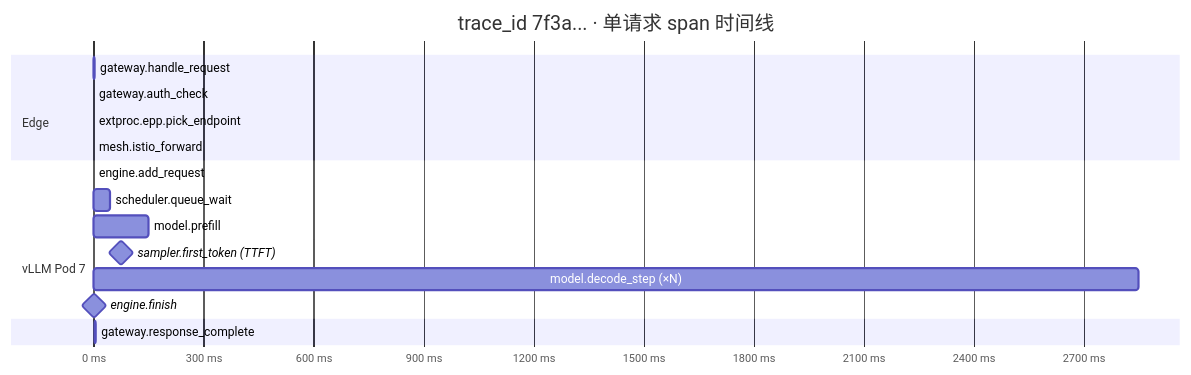
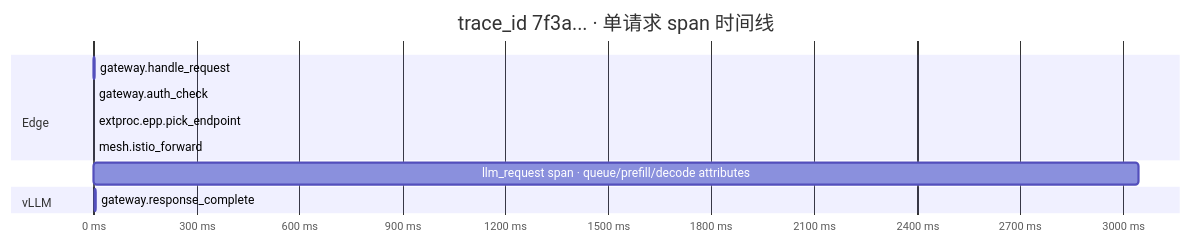
The third of 3 diagrams in 08-production-deployment/05-slo-and-observability.md (jwzheng96/vllm-learning-book), drawn with Mermaid before and after one commit. The commit also changed other lines of this file and 31 other files, not shown here.

````diff
--- a/08-production-deployment/05-slo-and-observability.md
+++ b/08-production-deployment/05-slo-and-observability.md
@@ -175,21 +181,16 @@
 ```mermaid
 gantt
     title trace_id 7f3a... · 单请求 span 时间线
     dateFormat X
     axisFormat %s ms
 
     section Edge
     gateway.handle_request    :a, 0, 3
     gateway.auth_check        :b, 1, 1
     extproc.epp.pick_endpoint :c, 2, 1
     mesh.istio_forward        :d, 3, 1
-    section vLLM Pod 7
-    engine.add_request        :e, 4, 1
-    scheduler.queue_wait      :f, 4, 46
-    model.prefill             :g, 50, 150
-    sampler.first_token (TTFT):milestone, after g, 0
-    model.decode_step (×N)    :h, 200, 2850
-    engine.finish             :milestone, 3050, 0
+    section vLLM
+    llm_request span · queue/prefill/decode attributes :e, 4, 3046
     section Edge
     gateway.response_complete :i, 3050, 5
 ```
````
